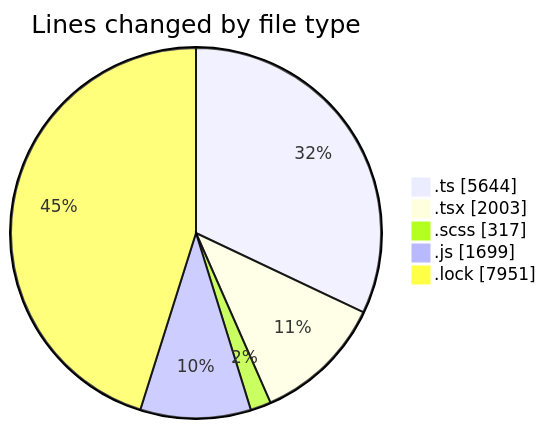
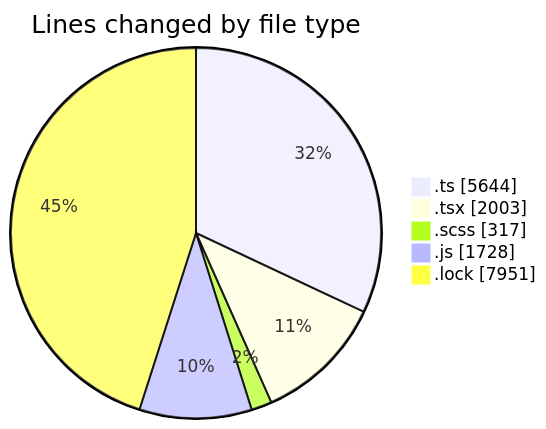
One commit to momahboobian/code-tracking changed the first of 2 diagrams in 2025-03-21/cda/README.md. Above: the diagram before and after it, drawn with Mermaid. The commit also changed other lines of this file and 1 other file, not shown here.

````diff
--- a/2025-03-21/cda/README.md
+++ b/2025-03-21/cda/README.md
@@ -41,9 +41,9 @@
 ```mermaid
 pie showData
 title Lines changed by file type
 ".ts" : 5644
 ".tsx" : 2003
 ".scss" : 317
-".js" : 1699
+".js" : 1728
 ".lock" : 7951
 ```
````
